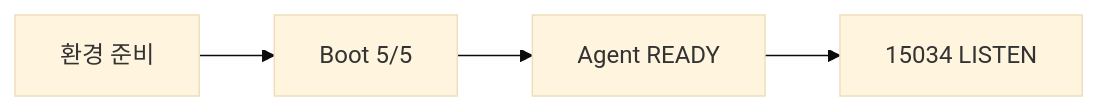
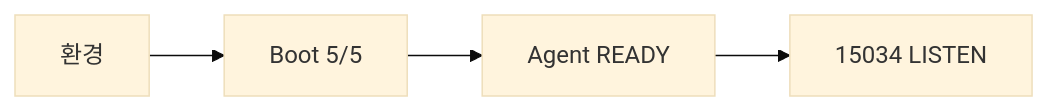
Before and after one commit to MetaStudy999/codyssey-basic-b1-1-system-monitor: the seventh of 12 diagrams in training/round-01-clear/BEGINNER-GUIDE.md, drawn with Mermaid (base theme). The commit also changed other lines of this file, not shown here.

````diff
--- a/training/round-01-clear/BEGINNER-GUIDE.md
+++ b/training/round-01-clear/BEGINNER-GUIDE.md
@@ -616,4 +636,4 @@
 ```mermaid
 flowchart LR
-    A[환경 준비] --> B[Boot 5/5] --> C[Agent READY] --> D[15034 LISTEN]
+    A[환경] --> B[Boot 5/5] --> C[Agent READY] --> D[15034 LISTEN]
 ```
````
